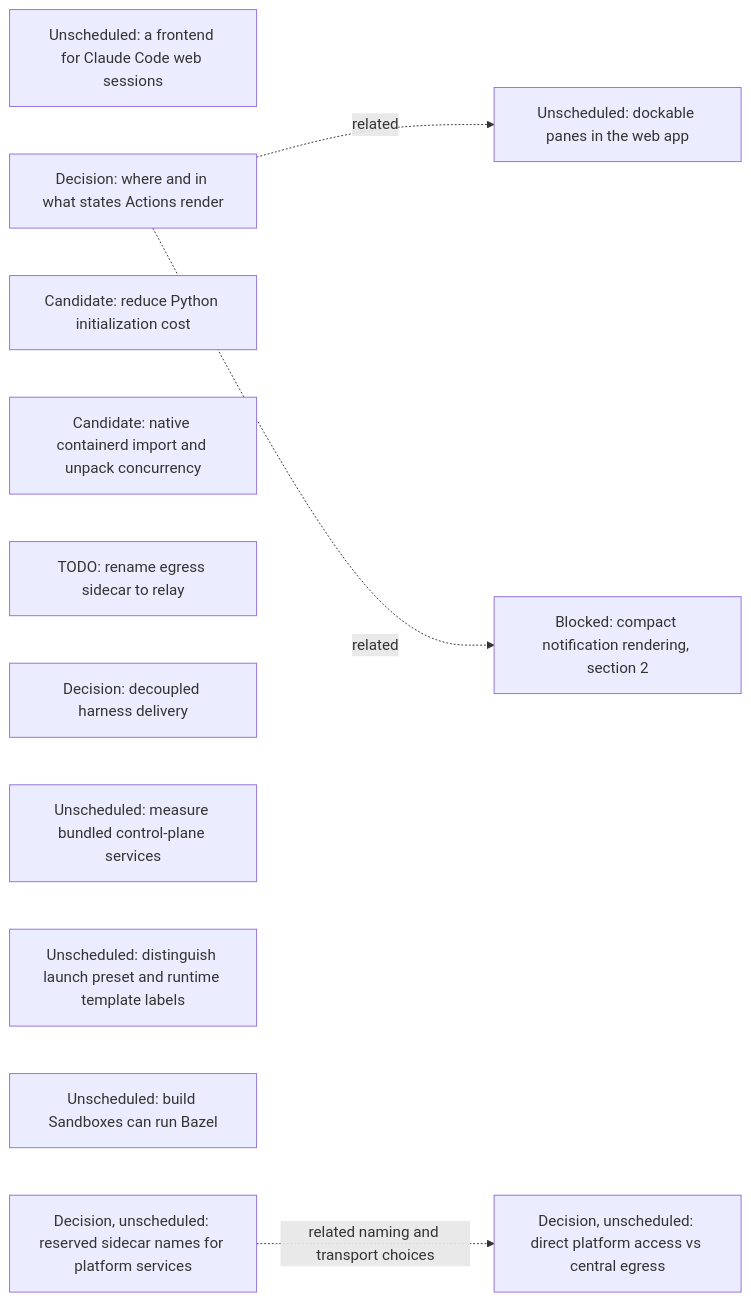
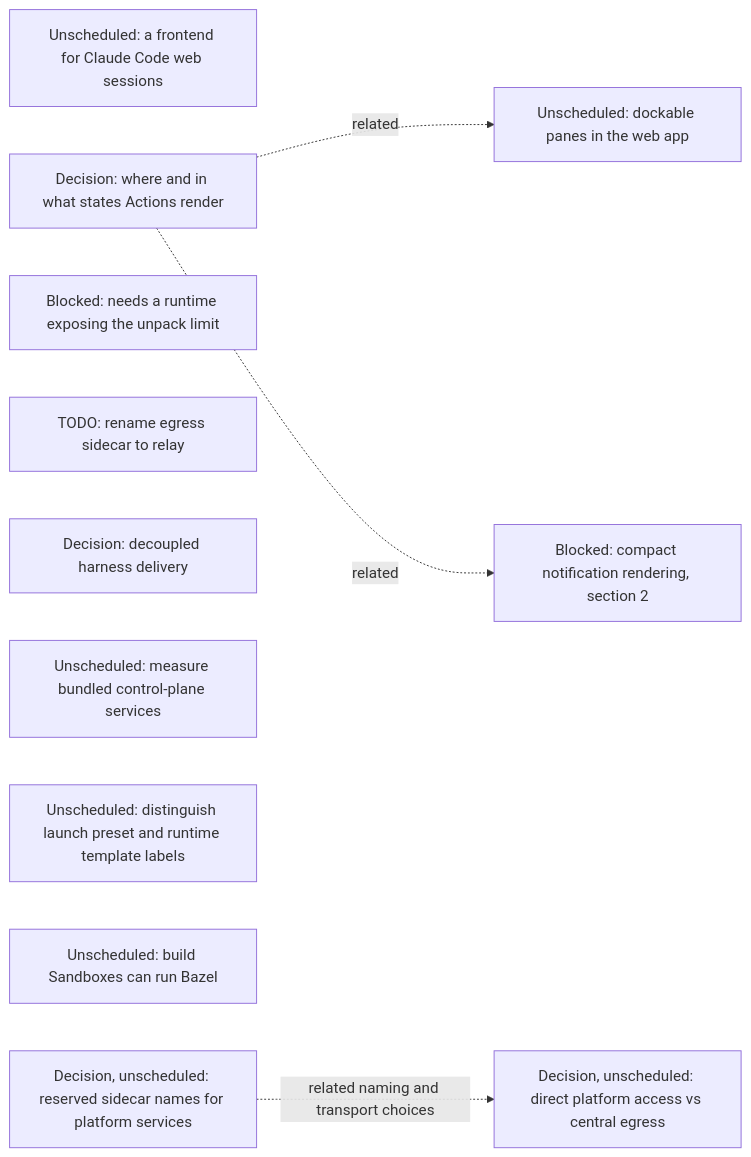
The seventh of 16 diagrams in agentplane/plans/task_dag.md (agentydragon-agent/ducktape), drawn with Mermaid before and after one commit. The commit also changed other lines of this file and 8 other files, not shown here.

````diff
--- a/agentplane/plans/task_dag.md
+++ b/agentplane/plans/task_dag.md
@@ -826,19 +833,18 @@
 ```mermaid
 flowchart LR
     CLAUDE_CODE_WEB_BRIDGE[Unscheduled: a frontend for Claude Code web sessions]
     ACTION_SURFACES_DESIGN[Decision: where and in what states Actions render]
-    K3S_PYTHON_INITIALIZATION[Candidate: reduce Python initialization cost]
-    K3S_IMPORT_CONCURRENCY[Candidate: native containerd import and unpack concurrency]
+    K3S_IMPORT_CONCURRENCY[Blocked: needs a runtime exposing the unpack limit]
     EGRESS_RELAY_RENAME[TODO: rename egress sidecar to relay]
     RUNNER_HARNESS_DELIVERY_DESIGN[Decision: decoupled harness delivery]
     K3S_BUNDLED_SERVICES_SPIKE[Unscheduled: measure bundled control-plane services]
     DOCKABLE_PANES[Unscheduled: dockable panes in the web app]
     ACTION_SURFACES_DESIGN -. related .-> DOCKABLE_PANES
     NOTIFICATION_PRESENTATION[Blocked: compact notification rendering, section 2]
     ACTION_SURFACES_DESIGN -. related .-> NOTIFICATION_PRESENTATION
     SANDBOX_FORM_TERMINOLOGY[Unscheduled: distinguish launch preset and runtime template labels]
     BUILD_BOX_BAZEL[Unscheduled: build Sandboxes can run Bazel]
     PLATFORM_SERVICE_NAMES_DESIGN[Decision, unscheduled: reserved sidecar names for platform services]
     PLATFORM_SERVICE_ROUTING_DESIGN[Decision, unscheduled: direct platform access vs central egress]
     PLATFORM_SERVICE_NAMES_DESIGN -. related naming and transport choices .-> PLATFORM_SERVICE_ROUTING_DESIGN
 ```
````
